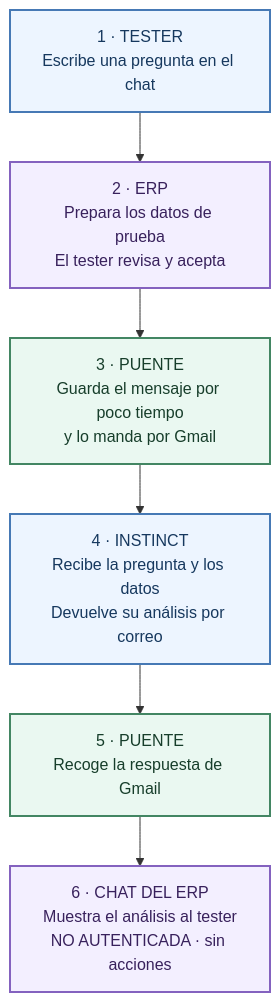
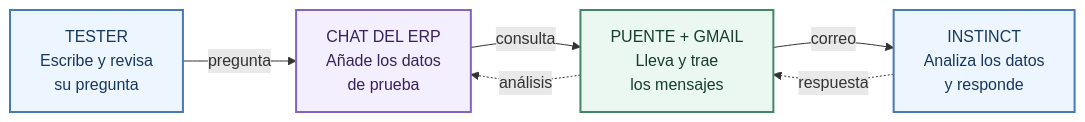
Before and after one commit to FiveTechSoft/AdaptaPro: the diagram in docs/puente-instinct-facil.md, drawn with Mermaid.

````diff
--- a/docs/puente-instinct-facil.md
+++ b/docs/puente-instinct-facil.md
@@ -11,16 +11,18 @@
 ```mermaid
-flowchart TB
-    A["1 · TESTER<br/>Escribe una pregunta en el chat"]
-    B["2 · ERP<br/>Prepara los datos de prueba<br/>El tester revisa y acepta"]
-    C["3 · PUENTE<br/>Guarda el mensaje por poco tiempo<br/>y lo manda por Gmail"]
-    D["4 · INSTINCT<br/>Recibe la pregunta y los datos<br/>Devuelve su análisis por correo"]
-    E["5 · PUENTE<br/>Recoge la respuesta de Gmail"]
-    F["6 · CHAT DEL ERP<br/>Muestra el análisis al tester<br/>NO AUTENTICADA · sin acciones"]
-    A --> B --> C --> D --> E --> F
+flowchart LR
+    A["TESTER<br/>Escribe y revisa<br/>su pregunta"]
+    B["CHAT DEL ERP<br/>Añade los datos<br/>de prueba"]
+    C["PUENTE + GMAIL<br/>Lleva y trae<br/>los mensajes"]
+    D["INSTINCT<br/>Analiza los datos<br/>y responde"]
+    A -->|pregunta| B
+    B -->|consulta| C
+    C -->|correo| D
+    D -.->|respuesta| C
+    C -.->|análisis| B
     classDef person fill:#edf5ff,stroke:#4679b5,color:#16385e,stroke-width:2px
     classDef erp fill:#f3efff,stroke:#8462bf,color:#38215c,stroke-width:2px
     classDef bridge fill:#eaf8f1,stroke:#438663,color:#173e2b,stroke-width:2px
     class A,D person
-    class B,F erp
-    class C,E bridge
+    class B erp
+    class C bridge
 ```
````
